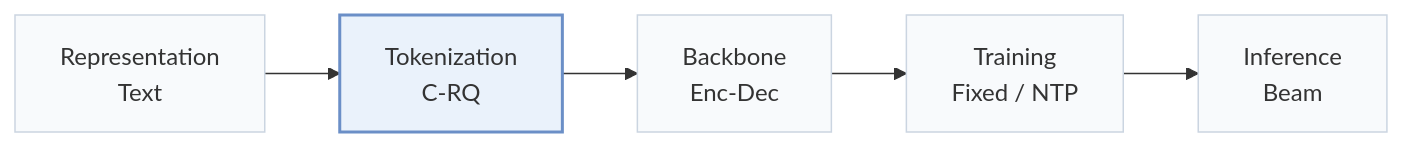
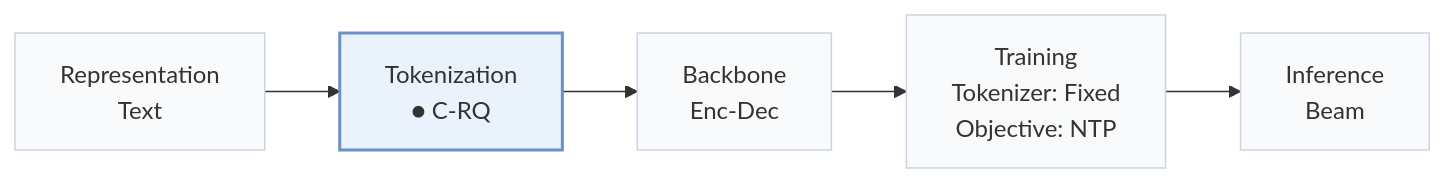
Before and after one commit to Galaxy-ghost/Awesome-SID-Generative-Rec: the first of 2 diagrams in pages/papers/cost.md, drawn with Mermaid. The commit also changed other lines of this file and 558 other files, not shown here.

````diff
--- a/pages/papers/cost.md
+++ b/pages/papers/cost.md
@@ -15,8 +18,8 @@
 ```mermaid
 flowchart LR
-    R["Representation<br/>Text"] --> T["Tokenization<br/>C-RQ"] --> B["Backbone<br/>Enc-Dec"] --> TR["Training<br/>Fixed / NTP"] --> I["Inference<br/>Beam"]
+    R["Representation<br/>Text"] --> T["Tokenization<br/>● C-RQ"] --> B["Backbone<br/>Enc-Dec"] --> TR["Training<br/>Tokenizer: Fixed<br/>Objective: NTP"] --> I["Inference<br/>Beam"]
     classDef base fill:#f8fafc,stroke:#cbd5e1
     class R,T,B,TR,I base
     classDef main fill:#eaf2fb,stroke:#6b8fc7,stroke-width:2px
     class T main
 ```
````
